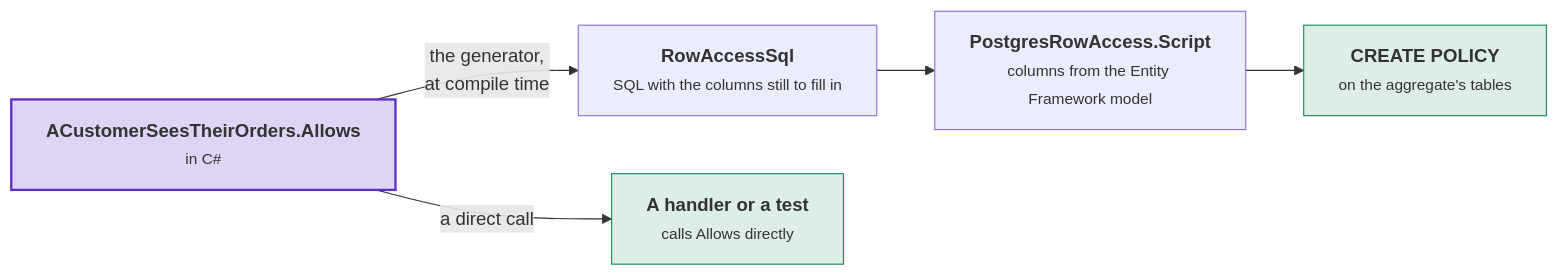
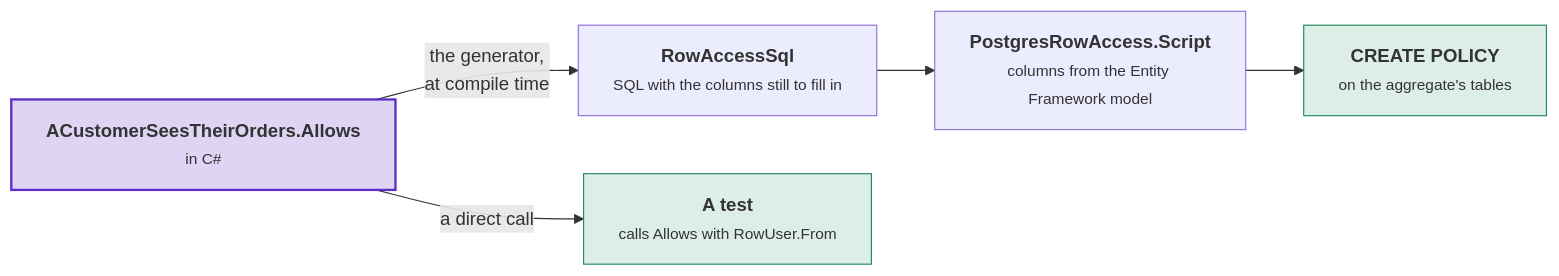
One commit to DylanSnel/DDDToolkit changed the fourth of 14 diagrams in docs/row-level-security.md. Above: the diagram before and after it, drawn with Mermaid. The commit also changed other lines of this file and 102 other files, not shown here.

First line of the commit message:
Row access rules take IRowUser, and ask everything of it

````diff
--- a/docs/row-level-security.md
+++ b/docs/row-level-security.md
@@ -798,16 +805,16 @@
 ```mermaid
 flowchart LR
     rule["<b>ACustomerSeesTheirOrders.Allows</b><br/><small>in C#</small>"]
     template["<b>RowAccessSql</b><br/><small>SQL with the columns still to fill in</small>"]
     script["<b>PostgresRowAccess.Script</b><br/><small>columns from the Entity Framework model</small>"]
     policies["<b>CREATE POLICY</b><br/><small>on the aggregate's tables</small>"]
-    handler["<b>A handler or a test</b><br/><small>calls Allows directly</small>"]
+    handler["<b>A test</b><br/><small>calls Allows with RowUser.From</small>"]
     rule -->|"the generator,<br/>at compile time"| template
     template --> script
     script --> policies
     rule -->|"a direct call"| handler
     classDef strong fill:#5b2ec933,stroke:#5b2ec9,stroke-width:2px
     classDef good fill:#1f8a5b26,stroke:#1f8a5b
     class rule strong
     class policies,handler good
 ```
````
